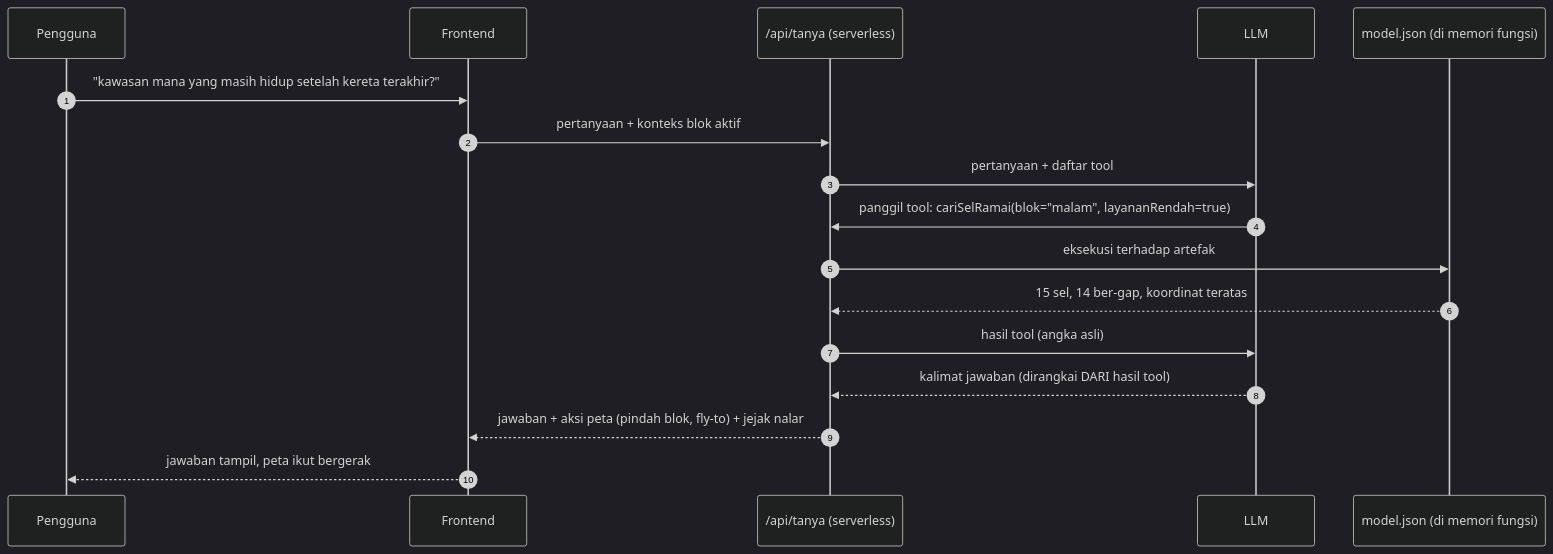
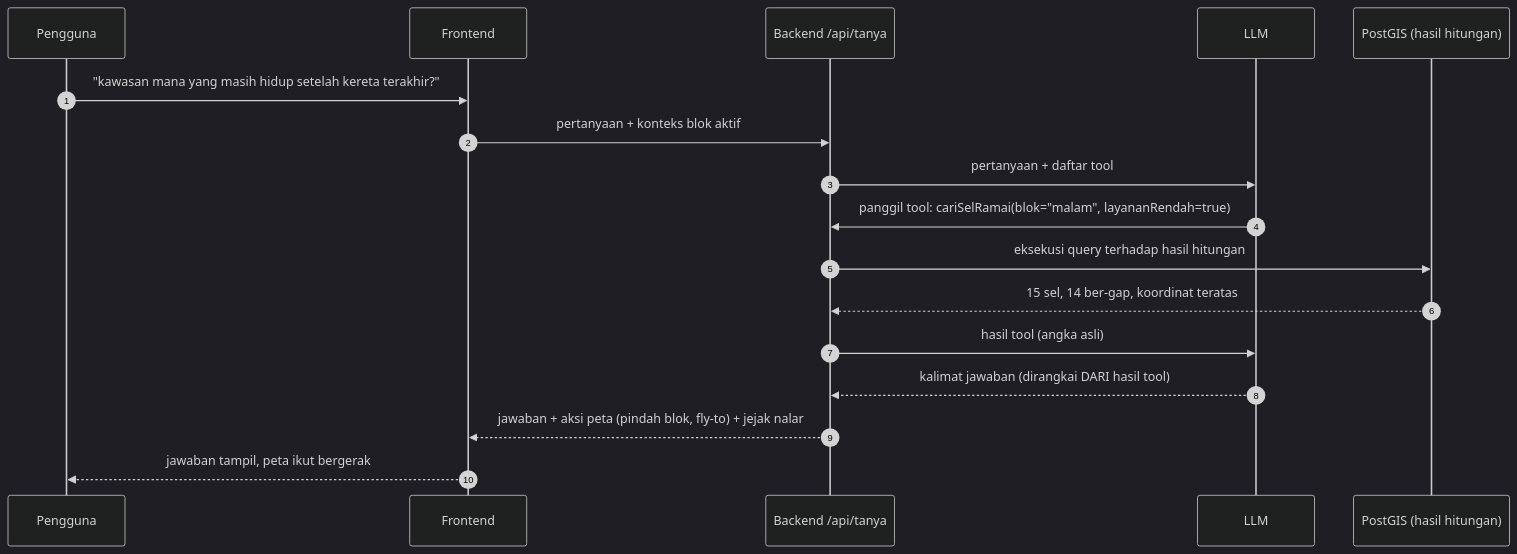
The third of 3 diagrams in ARSITEKTUR.md (Kezota/SIMPUL), drawn with Mermaid (dark theme) before and after one commit. The commit also changed other lines of this file and 25 other files, not shown here.

````diff
--- a/ARSITEKTUR.md
+++ b/ARSITEKTUR.md
@@ -110,20 +117,20 @@
 ```mermaid
 sequenceDiagram
   autonumber
   participant U as Pengguna
   participant FE as Frontend
-  participant FN as /api/tanya (serverless)
+  participant FN as Backend /api/tanya
   participant LLM as LLM
-  participant M as model.json (di memori fungsi)
+  participant M as PostGIS (hasil hitungan)
 
   U->>FE: "kawasan mana yang masih hidup setelah kereta terakhir?"
   FE->>FN: pertanyaan + konteks blok aktif
   FN->>LLM: pertanyaan + daftar tool
   LLM->>FN: panggil tool: cariSelRamai(blok="malam", layananRendah=true)
-  FN->>M: eksekusi terhadap artefak
+  FN->>M: eksekusi query terhadap hasil hitungan
   M-->>FN: 15 sel, 14 ber-gap, koordinat teratas
   FN->>LLM: hasil tool (angka asli)
   LLM-->>FN: kalimat jawaban (dirangkai DARI hasil tool)
   FN-->>FE: jawaban + aksi peta (pindah blok, fly-to) + jejak nalar
   FE-->>U: jawaban tampil, peta ikut bergerak
 ```
````
